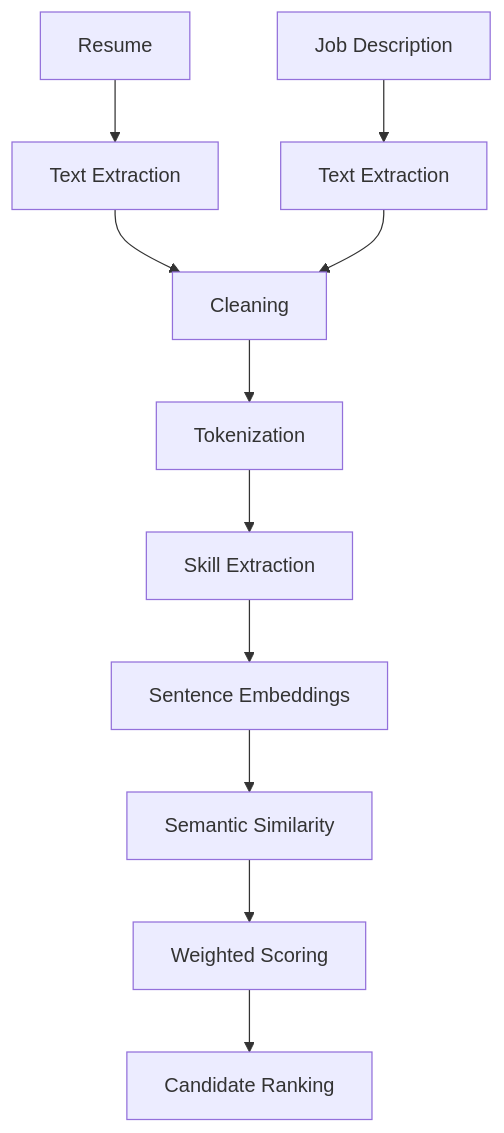
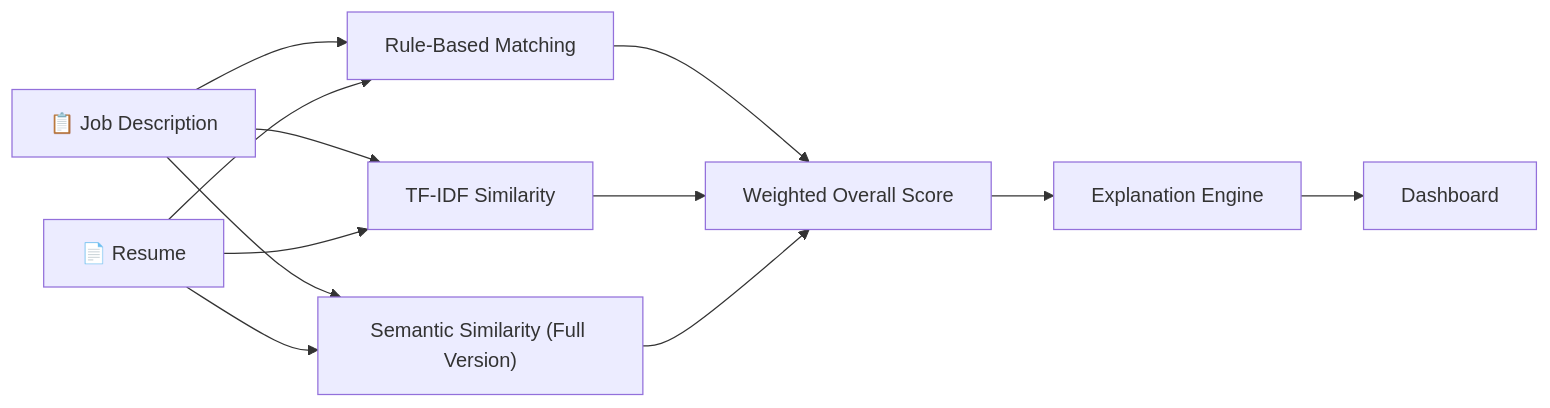
The second of 2 diagrams in README.md (Faizur-Rahman99/Resume-Matcher-NLP), drawn with Mermaid before and after one commit. The commit also changed other lines of this file and 12 other files, not shown here.

````diff
--- a/README.md
+++ b/README.md
@@ -278,27 +150,28 @@
 ```mermaid
-flowchart TD
+flowchart LR
 
-A[Resume]
+    JD[📋 Job Description]
+    R[📄 Resume]
 
-B[Job Description]
+    JD --> RB
+    R --> RB
 
-A --> C[Text Extraction]
+    JD --> TF
+    R --> TF
 
-B --> D[Text Extraction]
+    JD --> SM
+    R --> SM
 
-C --> E[Cleaning]
+    RB[Rule-Based Matching]
+    TF[TF-IDF Similarity]
+    SM["Semantic Similarity (Full Version)"]
 
-D --> E
+    RB --> SCORE
+    TF --> SCORE
+    SM --> SCORE
 
-E --> F[Tokenization]
+    SCORE[Weighted Overall Score]
 
-F --> G[Skill Extraction]
-
-G --> H[Sentence Embeddings]
-
-H --> I[Semantic Similarity]
-
-I --> J[Weighted Scoring]
-
-J --> K[Candidate Ranking]
+    SCORE --> EXP[Explanation Engine]
+    EXP --> DASH[Dashboard]
 ```
````
